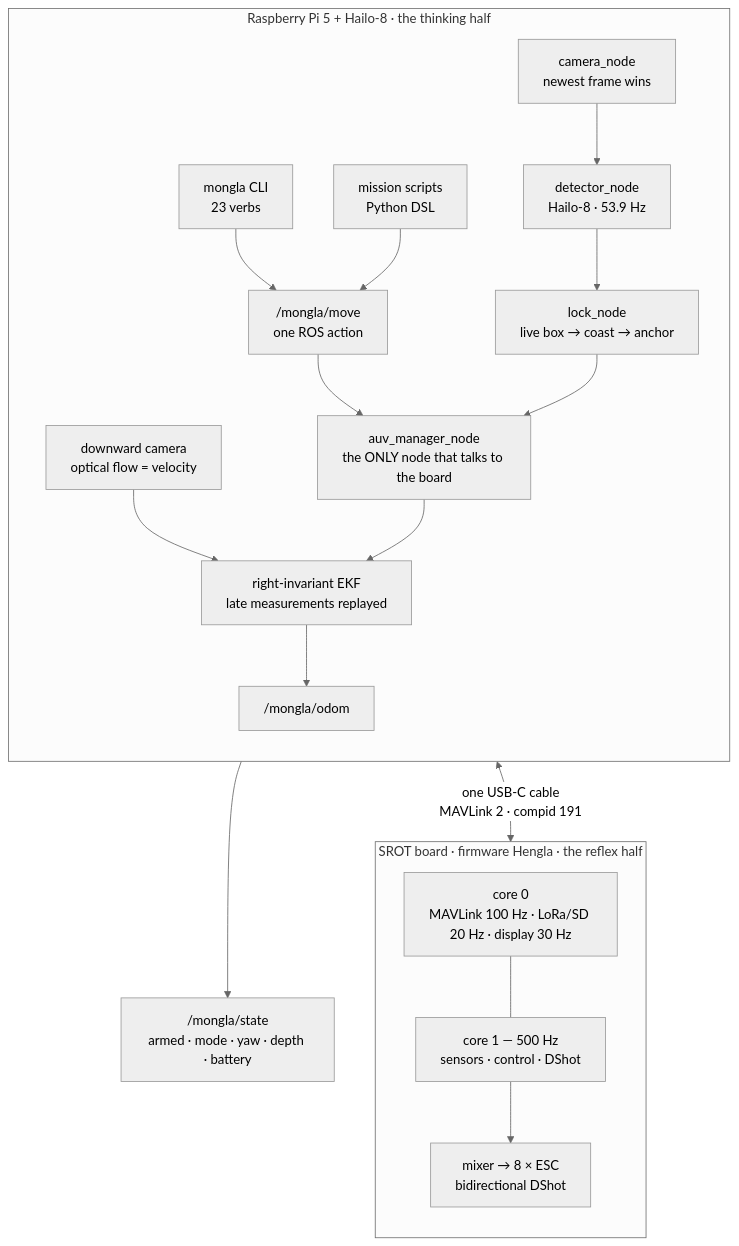
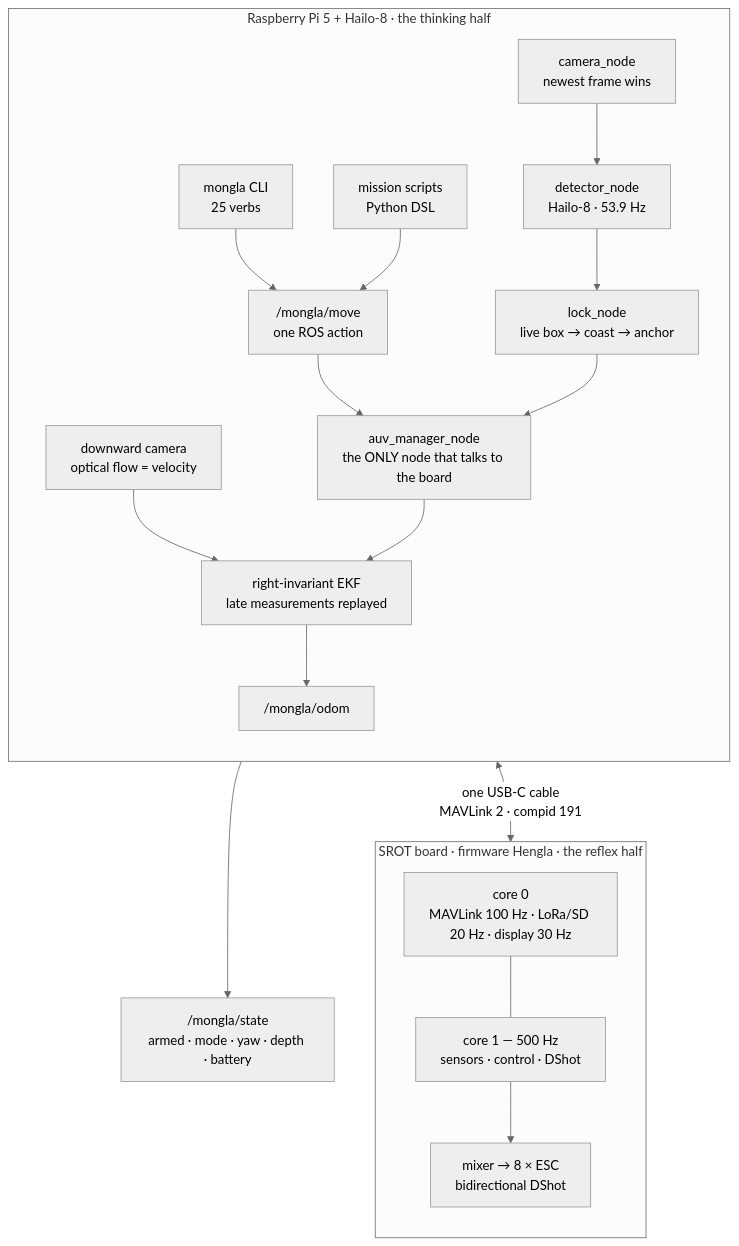
The second of 10 diagrams in README.md (fh1m/mongla_ws), drawn with Mermaid (neutral theme) before and after one commit. The commit also changed other lines of this file and 38 other files, not shown here.

First line of the commit message:
feat(localization): a state to check, verbs to act on it, a mission to test it

````diff
--- a/README.md
+++ b/README.md
@@ -208,26 +208,26 @@
 ```mermaid
 flowchart TB
     subgraph PI["Raspberry Pi 5 + Hailo-8 · the thinking half"]
         direction TB
-        CLI["mongla CLI<br/>23 verbs"] --> ACT
+        CLI["mongla CLI<br/>25 verbs"] --> ACT
         MIS["mission scripts<br/>Python DSL"] --> ACT
         ACT["/mongla/move<br/>one ROS action"] --> MGR
         MGR["auv_manager_node<br/>the ONLY node that talks to the board"]
         CAM["camera_node<br/>newest frame wins"] --> DET["detector_node<br/>Hailo-8 · 53.9 Hz"]
         DET --> LOCK["lock_node<br/>live box → coast → anchor"]
         LOCK --> MGR
         FLOW["downward camera<br/>optical flow = velocity"] --> EKF["right-invariant EKF<br/>late measurements replayed"]
         MGR --> EKF
         EKF --> ODOM["/mongla/odom"]
     end
     subgraph BOARD["SROT board · firmware Hengla · the reflex half"]
         direction TB
         C1["core 1 — 500 Hz<br/>sensors · control · DShot"]
         C0["core 0<br/>MAVLink 100 Hz · LoRa/SD 20 Hz · display 30 Hz"]
         MIX["mixer → 8 × ESC<br/>bidirectional DShot"]
         C1 --> MIX
     end
     MGR <-->|"one USB-C cable<br/>MAVLink 2 · compid 191"| C0
     C0 --- C1
     MGR --> STATE["/mongla/state<br/>armed · mode · yaw · depth · battery"]
 ```
````
